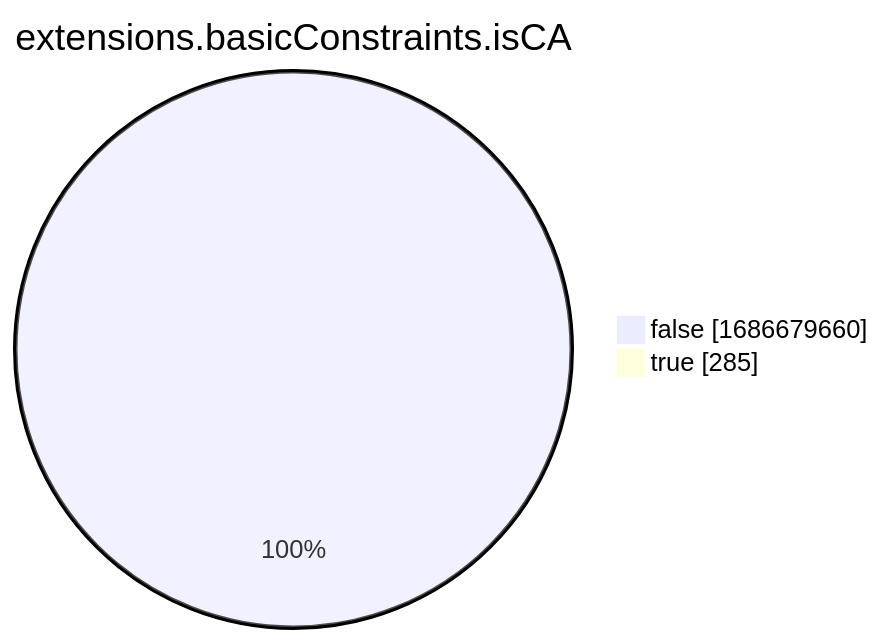
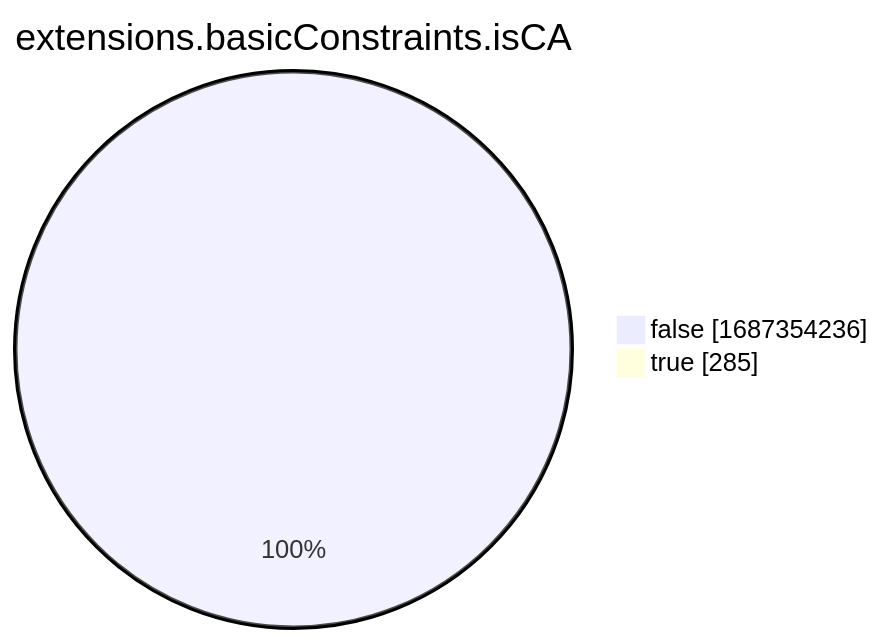
Before and after one commit to christiankrug/ctmonitor_visualization: the eighth of 15 diagrams in xenon2022/README.md, drawn with Mermaid. The commit also changed other lines of this file, not shown here.

````diff
--- a/xenon2022/README.md
+++ b/xenon2022/README.md
@@ -2865,6 +2865,6 @@
 ```mermaid
 pie showData
 title extensions.basicConstraints.isCA
-"false" :1686679660
+"false" :1687354236
 "true" :285
 ```
````
